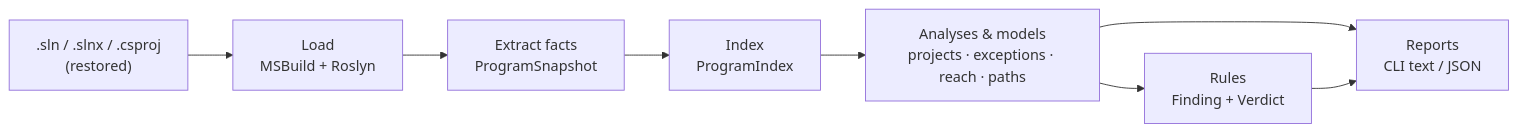
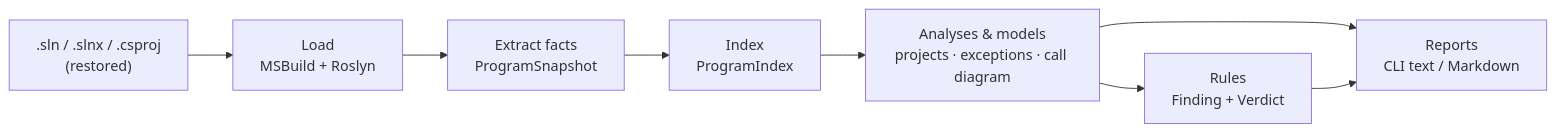
Before and after one commit to stadtaev/SharpDrill: the diagram in docs/overview.md, drawn with Mermaid. The commit also changed other lines of this file and 49 other files, not shown here.

First line of the commit message:
refactor(cli)!: drop reach, paths and inspect; install the skill for every agent

````diff
--- a/docs/overview.md
+++ b/docs/overview.md
@@ -13,10 +13,10 @@
 ```mermaid
 flowchart LR
     A[".sln / .slnx / .csproj<br/>(restored)"] --> B["Load<br/>MSBuild + Roslyn"]
     B --> C["Extract facts<br/>ProgramSnapshot"]
     C --> D["Index<br/>ProgramIndex"]
-    D --> E["Analyses & models<br/>projects · exceptions · reach · paths"]
+    D --> E["Analyses & models<br/>projects · exceptions · call diagram"]
     E --> F["Rules<br/>Finding + Verdict"]
-    E --> G["Reports<br/>CLI text / JSON"]
+    E --> G["Reports<br/>CLI text / Markdown"]
     F --> G
 ```
````
